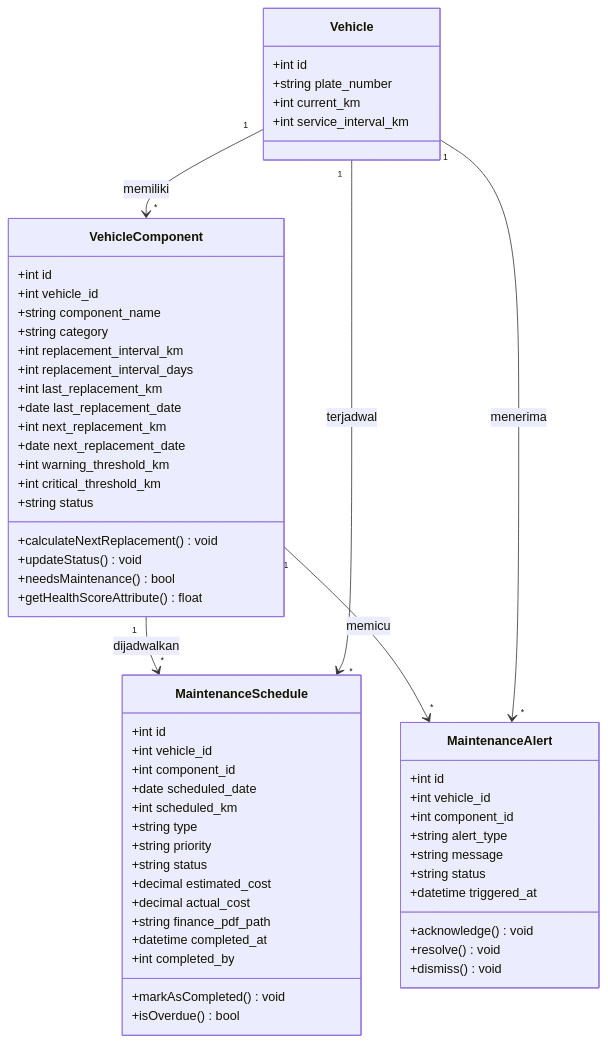
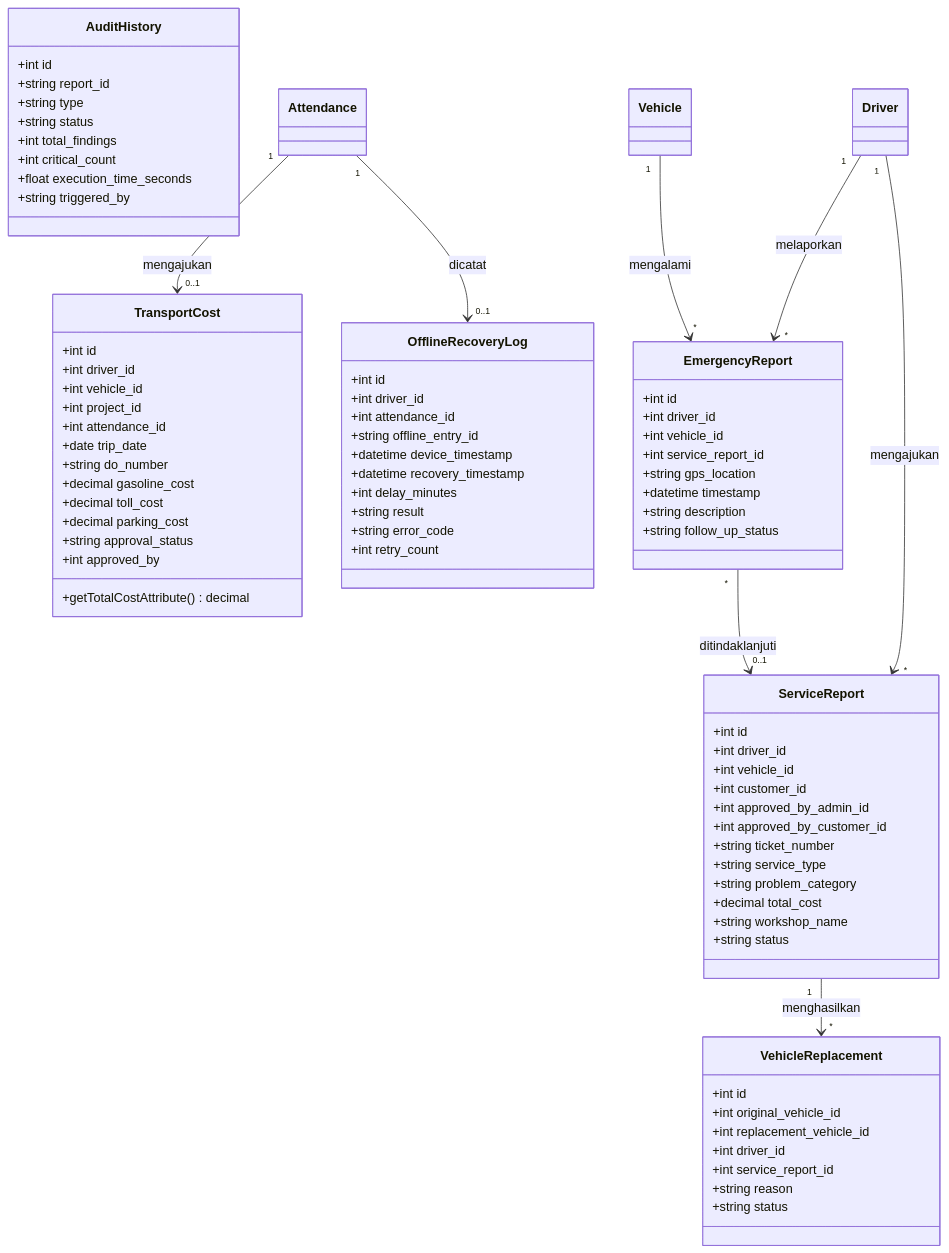
The second of 3 diagrams in docs/class_diagram.md (rohandev19/Absen-Driver), drawn with Mermaid before and after one commit. The commit also changed 12 other files, not shown here.

Commit message:
fix: resolve vehicle odometer synchronization, fix admin permission issues, and enhance physical check UI

````diff
--- a/docs/class_diagram.md
+++ b/docs/class_diagram.md
@@ -97,66 +104,86 @@
 ```mermaid
 classDiagram
-    class Vehicle {
+    class TransportCost {
         +int id
-        +string plate_number
-        +int current_km
-        +int service_interval_km
+        +int driver_id
+        +int vehicle_id
+        +int project_id
+        +int attendance_id
+        +date trip_date
+        +string do_number
+        +decimal gasoline_cost
+        +decimal toll_cost
+        +decimal parking_cost
+        +string approval_status
+        +int approved_by
+        +getTotalCostAttribute() decimal
     }
 
-    class VehicleComponent {
+    class EmergencyReport {
         +int id
+        +int driver_id
         +int vehicle_id
-        +string component_name
-        +string category
-        +int replacement_interval_km
-        +int replacement_interval_days
-        +int last_replacement_km
-        +date last_replacement_date
-        +int next_replacement_km
-        +date next_replacement_date
-        +int warning_threshold_km
-        +int critical_threshold_km
-        +string status
-        +calculateNextReplacement() void
-        +updateStatus() void
-        +needsMaintenance() bool
-        +getHealthScoreAttribute() float
+        +int service_report_id
+        +string gps_location
+        +datetime timestamp
+        +string description
+        +string follow_up_status
     }
 
-    class MaintenanceSchedule {
+    class ServiceReport {
         +int id
+        +int driver_id
         +int vehicle_id
-        +int component_id
-        +date scheduled_date
-        +int scheduled_km
-        +string type
-        +string priority
+        +int customer_id
+        +int approved_by_admin_id
+        +int approved_by_customer_id
+        +string ticket_number
+        +string service_type
+        +string problem_category
+        +decimal total_cost
+        +string workshop_name
         +string status
-        +decimal estimated_cost
-        +decimal actual_cost
-        +string finance_pdf_path
-        +datetime completed_at
-        +int completed_by
-        +markAsCompleted() void
-        +isOverdue() bool
     }
 
-    class MaintenanceAlert {
+    class VehicleReplacement {
         +int id
-        +int vehicle_id
-        +int component_id
-        +string alert_type
-        +string message
+        +int original_vehicle_id
+        +int replacement_vehicle_id
+        +int driver_id
+        +int service_report_id
+        +string reason
         +string status
-        +datetime triggered_at
-        +acknowledge() void
-        +resolve() void
-        +dismiss() void
     }
 
-    Vehicle "1" --> "*" VehicleComponent : memiliki
-    VehicleComponent "1" --> "*" MaintenanceSchedule : dijadwalkan
-    VehicleComponent "1" --> "*" MaintenanceAlert : memicu
-    Vehicle "1" --> "*" MaintenanceSchedule : terjadwal
-    Vehicle "1" --> "*" MaintenanceAlert : menerima
+    class AuditHistory {
+        +int id
+        +string report_id
+        +string type
+        +string status
+        +int total_findings
+        +int critical_count
+        +float execution_time_seconds
+        +string triggered_by
+    }
+
+    class OfflineRecoveryLog {
+        +int id
+        +int driver_id
+        +int attendance_id
+        +string offline_entry_id
+        +datetime device_timestamp
+        +datetime recovery_timestamp
+        +int delay_minutes
+        +string result
+        +string error_code
+        +int retry_count
+    }
+
+    Attendance "1" --> "0..1" TransportCost : mengajukan
+    Driver "1" --> "*" EmergencyReport : melaporkan
+    Vehicle "1" --> "*" EmergencyReport : mengalami
+    EmergencyReport "*" --> "0..1" ServiceReport : ditindaklanjuti
+    Driver "1" --> "*" ServiceReport : mengajukan
+    ServiceReport "1" --> "*" VehicleReplacement : menghasilkan
+    Attendance "1" --> "0..1" OfflineRecoveryLog : dicatat
 ```
````
